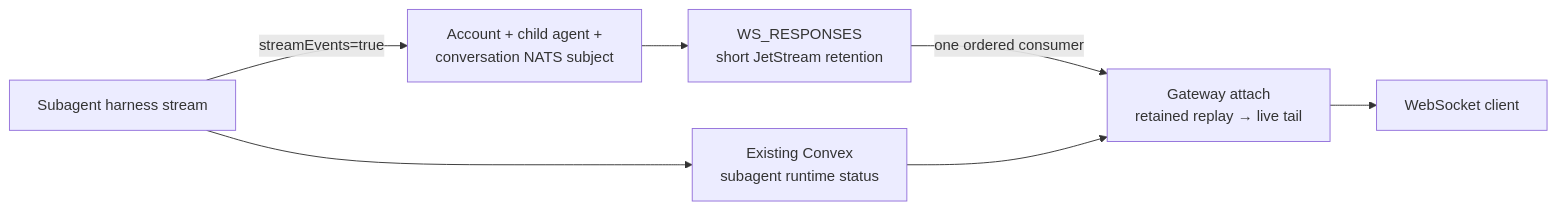
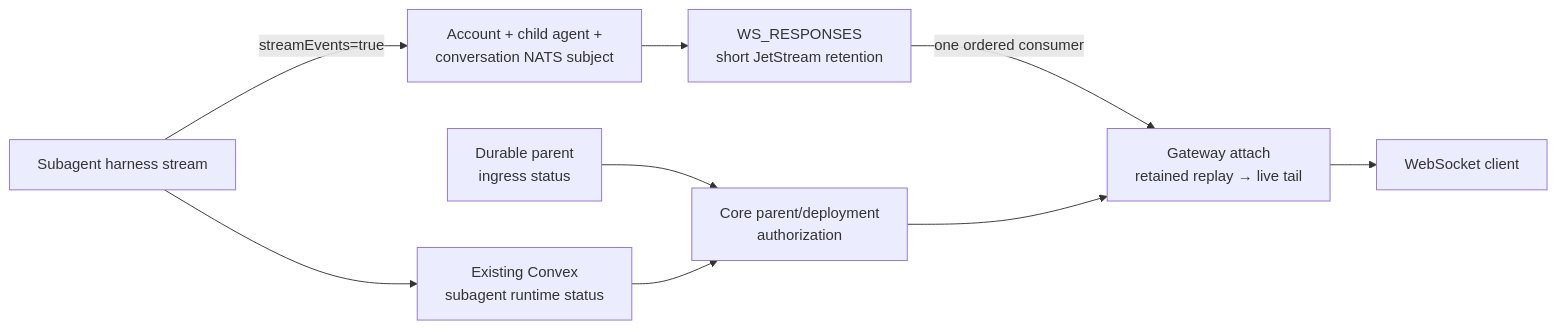
One commit to beeblastco/broods changed the third of 4 diagrams in apps/docs/docs/sub-agents.md. Above: the diagram before and after it, drawn with Mermaid. The commit also changed other lines of this file and 12 other files, not shown here.

Commit message:
fix(core): authorize parent-bound subagent attach

````diff
--- a/apps/docs/docs/sub-agents.md
+++ b/apps/docs/docs/sub-agents.md
@@ -153,9 +153,11 @@
 ```mermaid
 flowchart LR
   Child["Subagent harness stream"] -->|"streamEvents=true"| Subject["Account + child agent +<br/>conversation NATS subject"]
   Subject --> Buffer["WS_RESPONSES<br/>short JetStream retention"]
   Buffer -->|"one ordered consumer"| Gateway["Gateway attach<br/>retained replay → live tail"]
-  Child --> Status["Existing Convex<br/>subagent runtime status"]
-  Status --> Gateway
+  Child --> ChildStatus["Existing Convex<br/>subagent runtime status"]
+  ParentStatus["Durable parent<br/>ingress status"] --> Auth["Core parent/deployment<br/>authorization"]
+  ChildStatus --> Auth
+  Auth --> Gateway
   Gateway --> Client["WebSocket client"]
 ```
````
